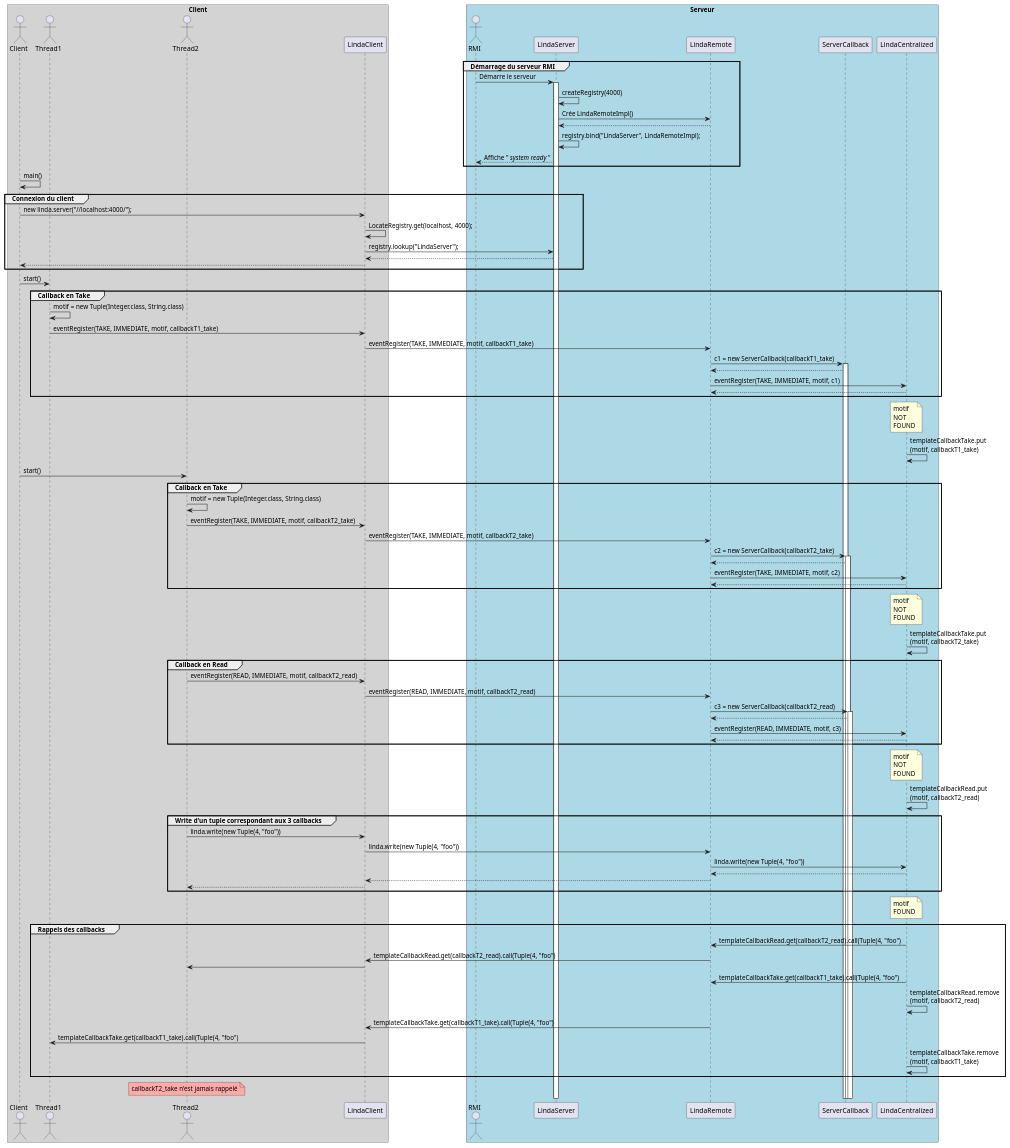
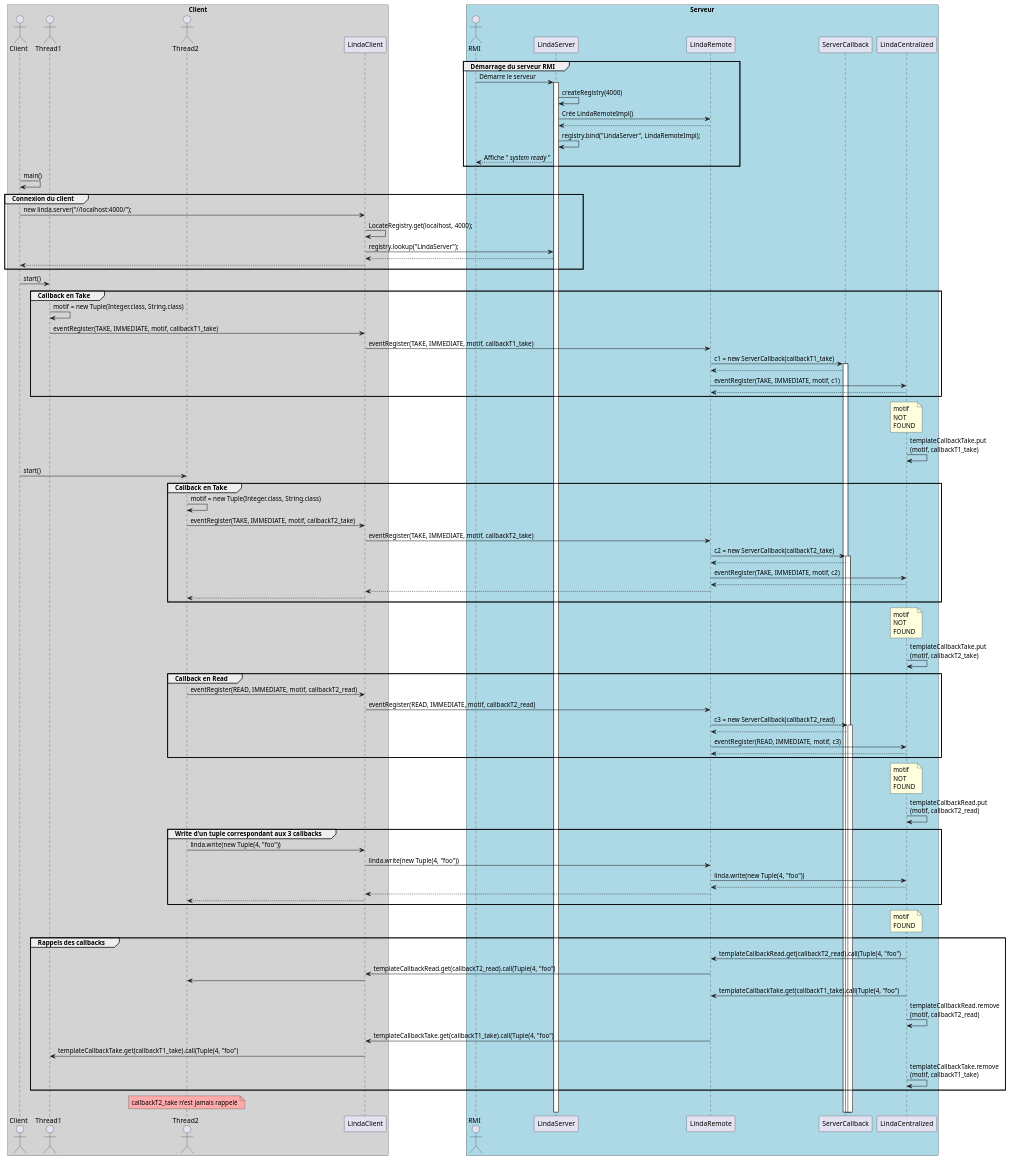
One commit to HayZun/Intergiciel changed the diagram in linda/server/Diagramme/Sequences/Sequence_callback.plantuml. Above: the diagram before and after it, drawn with PlantUML.

```diff
--- a/linda/server/Diagramme/Sequences/Sequence_callback.plantuml
+++ b/linda/server/Diagramme/Sequences/Sequence_callback.plantuml
@@ -1,161 +1,165 @@
 @startuml
 
 box "Client" #LightGrey
 actor "Client" as User
 actor Thread1
 actor Thread2
 participant LindaClient
 end box
 box "Serveur" #LightBlue
 actor RMI
 participant LindaServer
 participant LindaRemote
 participant ServerCallback
 participant "LindaCentralized" as Linda
 end box
 
 group Démarrage du serveur RMI
 
 RMI -> LindaServer: Démarre le serveur
 
 activate LindaServer
 
 LindaServer -> LindaServer: createRegistry(4000)
 
 LindaServer -> LindaRemote: Crée LindaRemoteImpl()
 
 LindaRemote --> LindaServer:
 
 LindaServer -> LindaServer: registry.bind("LindaServer", LindaRemoteImpl);
 
 LindaServer --> RMI: Affiche "// system ready //"
 
 end
 
 User -> User: main()
 
 group Connexion du client
 
 User -> LindaClient : new linda.server("//localhost:4000/");
 LindaClient -> LindaClient : LocateRegistry.get(localhost, 4000);
 LindaClient -> LindaServer : registry.lookup("LindaServer");
 LindaServer --> LindaClient
 LindaClient --> User
 
 end
 
 User -> Thread1: start()
 
 group Callback en Take
 
 Thread1 -> Thread1 : motif = new Tuple(Integer.class, String.class)
 
 Thread1 -> LindaClient: eventRegister(TAKE, IMMEDIATE, motif, callbackT1_take)
 
 LindaClient -> LindaRemote : eventRegister(TAKE, IMMEDIATE, motif, callbackT1_take)
 
 LindaRemote -> ServerCallback : c1 = new ServerCallback(callbackT1_take)
 
 activate ServerCallback
 
 ServerCallback --> LindaRemote
 
 LindaRemote -> Linda:  eventRegister(TAKE, IMMEDIATE, motif, c1)
 
 Linda --> LindaRemote
 
 end
 
 note over Linda : motif \nNOT \nFOUND
 
 Linda -> Linda : templateCallbackTake.put\n(motif, callbackT1_take)
 
 User -> Thread2: start()
 
 group Callback en Take
 
 Thread2 -> Thread2 : motif = new Tuple(Integer.class, String.class)
 
 Thread2 -> LindaClient: eventRegister(TAKE, IMMEDIATE, motif, callbackT2_take)
 
 LindaClient -> LindaRemote : eventRegister(TAKE, IMMEDIATE, motif, callbackT2_take)
 
 LindaRemote -> ServerCallback : c2 = new ServerCallback(callbackT2_take)
 
 activate ServerCallback
 
 ServerCallback --> LindaRemote
 
 LindaRemote -> Linda : eventRegister(TAKE, IMMEDIATE, motif, c2)
 
 Linda --> LindaRemote
 
+LindaRemote --> LindaClient
+
+LindaClient --> Thread2
+
 end
 
 note over Linda : motif \nNOT \nFOUND
 
 Linda -> Linda : templateCallbackTake.put\n(motif, callbackT2_take)
 
 group Callback en Read
 
 Thread2 -> LindaClient: eventRegister(READ, IMMEDIATE, motif, callbackT2_read)
 
 LindaClient -> LindaRemote: eventRegister(READ, IMMEDIATE, motif, callbackT2_read)
 
 LindaRemote -> ServerCallback : c3 = new ServerCallback(callbackT2_read)
 
 activate ServerCallback
 
 ServerCallback --> LindaRemote
 
 LindaRemote -> Linda: eventRegister(READ, IMMEDIATE, motif, c3)
 
 Linda --> LindaRemote
 
 end
 
 note over Linda : motif \nNOT \nFOUND
 
 Linda -> Linda : templateCallbackRead.put\n(motif, callbackT2_read)
 
 group Write d'un tuple correspondant aux 3 callbacks
 
 Thread2 -> LindaClient: linda.write(new Tuple(4, "foo"))
 
 LindaClient -> LindaRemote: linda.write(new Tuple(4, "foo"))
 
 LindaRemote -> Linda : linda.write(new Tuple(4, "foo")) 
 
 Linda --> LindaRemote
 
 LindaRemote --> LindaClient
 
 LindaClient --> Thread2
 
 end
 
 note over Linda : motif \nFOUND
 
 group Rappels des callbacks
 
 Linda -> LindaRemote : templateCallbackRead.get(callbackT2_read).call(Tuple(4, "foo") 
 
 LindaRemote -> LindaClient : templateCallbackRead.get(callbackT2_read).call(Tuple(4, "foo") 
 
 LindaClient -> Thread2
 
 Linda -> LindaRemote : templateCallbackTake.get(callbackT1_take).call(Tuple(4, "foo")
 
 Linda -> Linda : templateCallbackRead.remove\n(motif, callbackT2_read)
 
 LindaRemote -> LindaClient : templateCallbackTake.get(callbackT1_take).call(Tuple(4, "foo")
 
 LindaClient -> Thread1 : templateCallbackTake.get(callbackT1_take).call(Tuple(4, "foo")
 
 Linda -> Linda : templateCallbackTake.remove\n(motif, callbackT1_take)
 
 end
 
 note over Thread2 #FFAAAA: callbackT2_take n'est jamais rappelé
 
 @enduml
```
